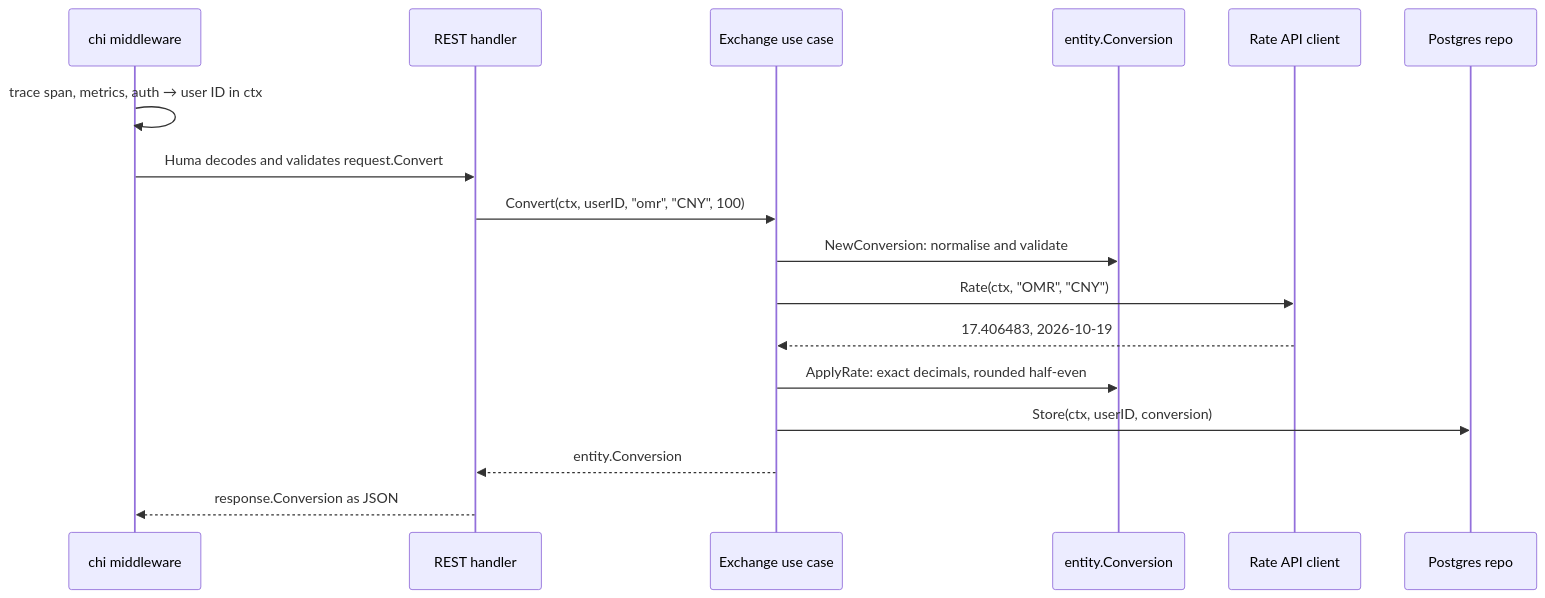
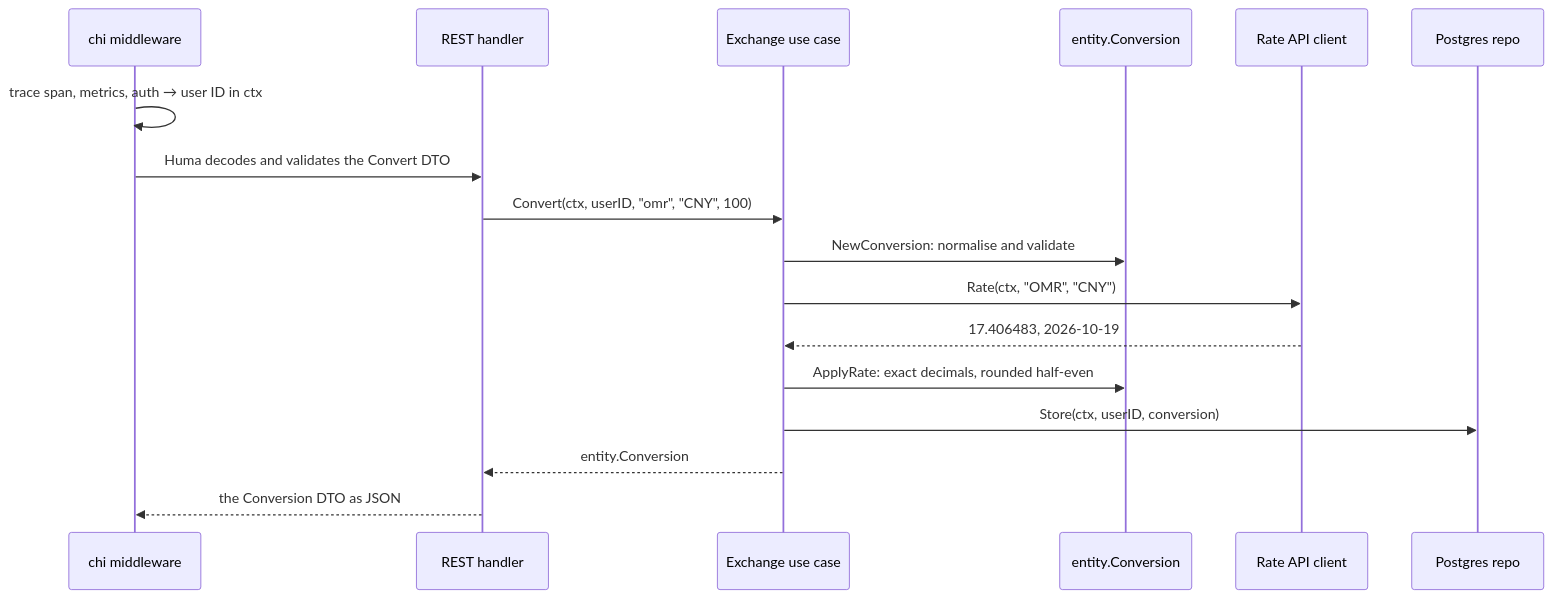
One commit to m7medVision/go-clean-template changed the diagram in docs/request-flow.md. Above: the diagram before and after it, drawn with Mermaid. The commit also changed other lines of this file and 5 other files, not shown here.

````diff
--- a/docs/request-flow.md
+++ b/docs/request-flow.md
@@ -22,19 +22,19 @@
 ```mermaid
 sequenceDiagram
   participant MW as chi middleware
   participant H as REST handler
   participant U as Exchange use case
   participant E as entity.Conversion
   participant W as Rate API client
   participant R as Postgres repo
   MW->>MW: trace span, metrics, auth → user ID in ctx
-  MW->>H: Huma decodes and validates request.Convert
+  MW->>H: Huma decodes and validates the Convert DTO
   H->>U: Convert(ctx, userID, "omr", "CNY", 100)
   U->>E: NewConversion: normalise and validate
   U->>W: Rate(ctx, "OMR", "CNY")
   W-->>U: 17.406483, 2026-10-19
   U->>E: ApplyRate: exact decimals, rounded half-even
   U->>R: Store(ctx, userID, conversion)
   U-->>H: entity.Conversion
-  H-->>MW: response.Conversion as JSON
+  H-->>MW: the Conversion DTO as JSON
 ```
````
